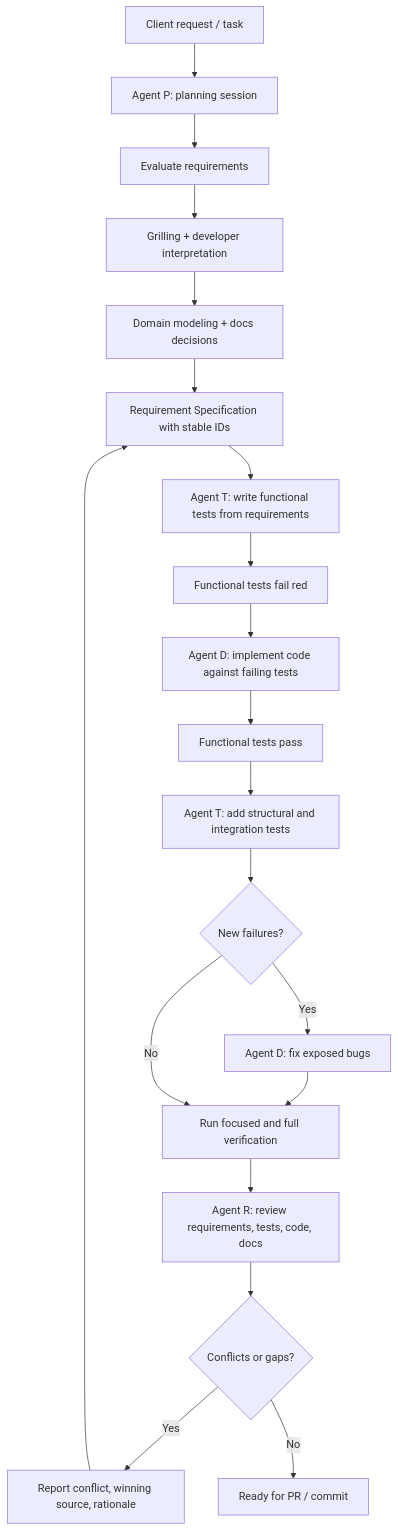
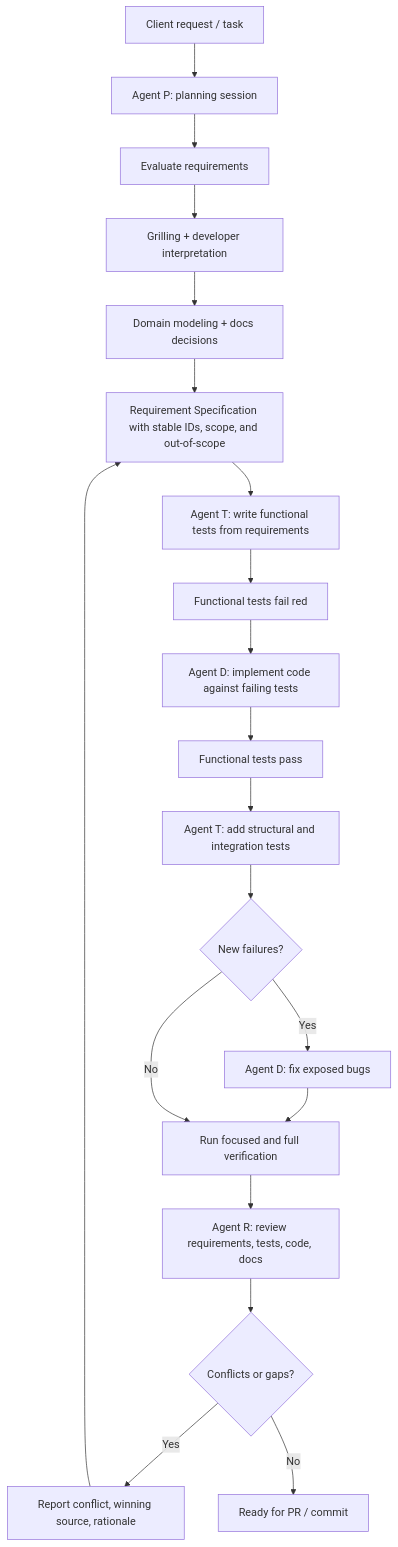
Before and after one commit to DudsFerraz/GAM-Bakckend-API: the diagram in docs/documentation-guidelines/agent-workflow.md, drawn with Mermaid. The commit also changed other lines of this file and 4 other files, not shown here.

First line of the commit message:
docs(workflow): clarify agent prompting flow

````diff
--- a/docs/documentation-guidelines/agent-workflow.md
+++ b/docs/documentation-guidelines/agent-workflow.md
@@ -5,30 +5,30 @@
 ```mermaid
 flowchart TD
     A["Client request / task"] --> P["Agent P: planning session"]
     P --> B["Evaluate requirements"]
     B --> C["Grilling + developer interpretation"]
     C --> M["Domain modeling + docs decisions"]
-    M --> D["Requirement Specification with stable IDs"]
+    M --> D["Requirement Specification with stable IDs, scope, and out-of-scope"]
 
     D --> T1["Agent T: write functional tests from requirements"]
     T1 --> RED["Functional tests fail red"]
 
     RED --> D1["Agent D: implement code against failing tests"]
     D1 --> G1["Functional tests pass"]
 
     G1 --> T2["Agent T: add structural and integration tests"]
     T2 --> BUGS{"New failures?"}
 
     BUGS -- Yes --> D2["Agent D: fix exposed bugs"]
     D2 --> V["Run focused and full verification"]
 
     BUGS -- No --> V
 
     V --> R["Agent R: review requirements, tests, code, docs"]
     R --> CONFLICT{"Conflicts or gaps?"}
 
     CONFLICT -- Yes --> C2["Report conflict, winning source, rationale"]
     C2 --> D
 
     CONFLICT -- No --> DONE["Ready for PR / commit"]
 ```
````
